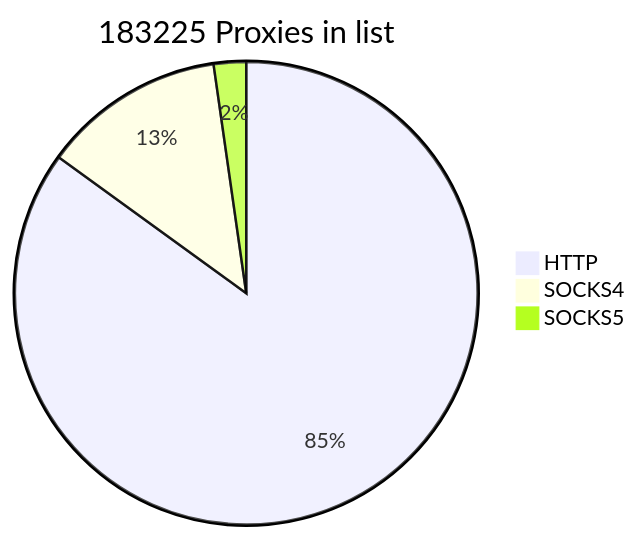
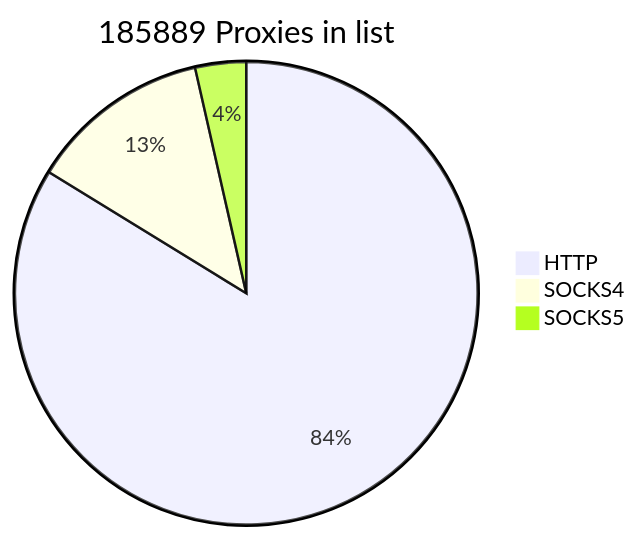
Before and after one commit to cutipu/proxylist: the first of 2 diagrams in README.md, drawn with Mermaid. The commit also changed other lines of this file, not shown here.

````diff
--- a/README.md
+++ b/README.md
@@ -2,7 +2,7 @@
 ```mermaid
-pie title 183225 Proxies in list
-    "HTTP" : 155715
-    "SOCKS4" : 23372
-    "SOCKS5" : 4138
+pie title 185889 Proxies in list
+    "HTTP" : 155706
+    "SOCKS4" : 23576
+    "SOCKS5" : 6607
             
 ```
````
